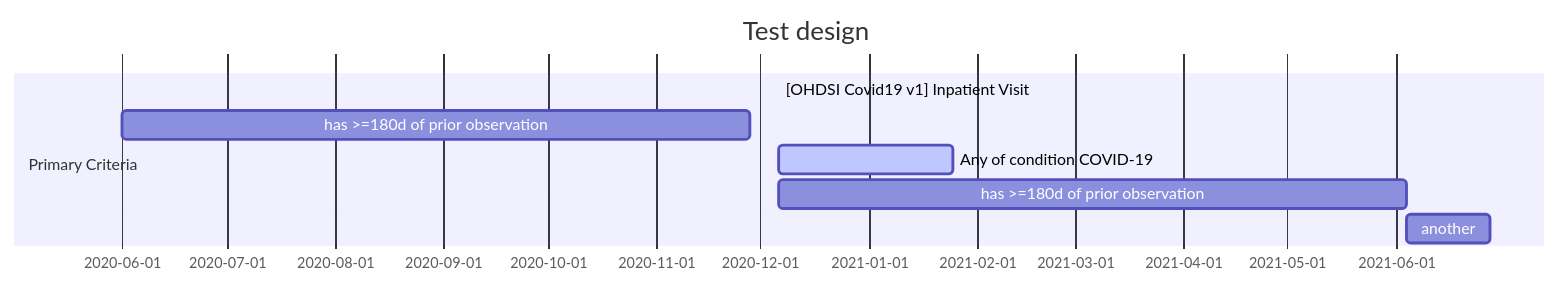
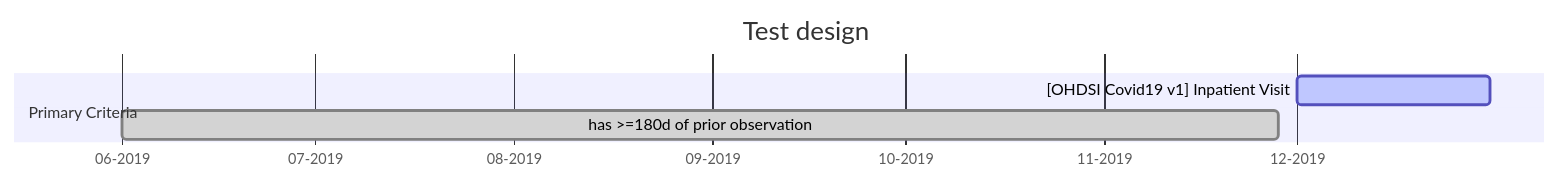
The diagram in content/study/ace-arb/index.md (thehyve/ohdsi-covid19-site), drawn with Mermaid before and after one commit. The commit also changed other lines of this file and 1 other file, not shown here.

Commit message:
Re-add content to study layout, add ACE study example

````diff
--- a/content/study/ace-arb/index.md
+++ b/content/study/ace-arb/index.md
@@ -42,11 +51,8 @@
 ```mermaid
 gantt
+  axisFormat %m-%Y
   title Test design
   section Primary Criteria
-[OHDSI Covid19 v1] Inpatient Visit :done, index, 2020-12-06,2020-12-09
-  has >=180d of prior observation :prior, 2020-06-01, 180d
-
-  Any of condition COVID-19  :active, des15, after index, 50d
-  has >=180d of prior observation :prior, after index, 180d
-  another       :after prior, 24d
+[OHDSI Covid19 v1] Inpatient Visit :active, index, 2019-12-01,30d
+  has >=180d of prior observation :done,prior,2019-06-01, 180d
 ```
````
